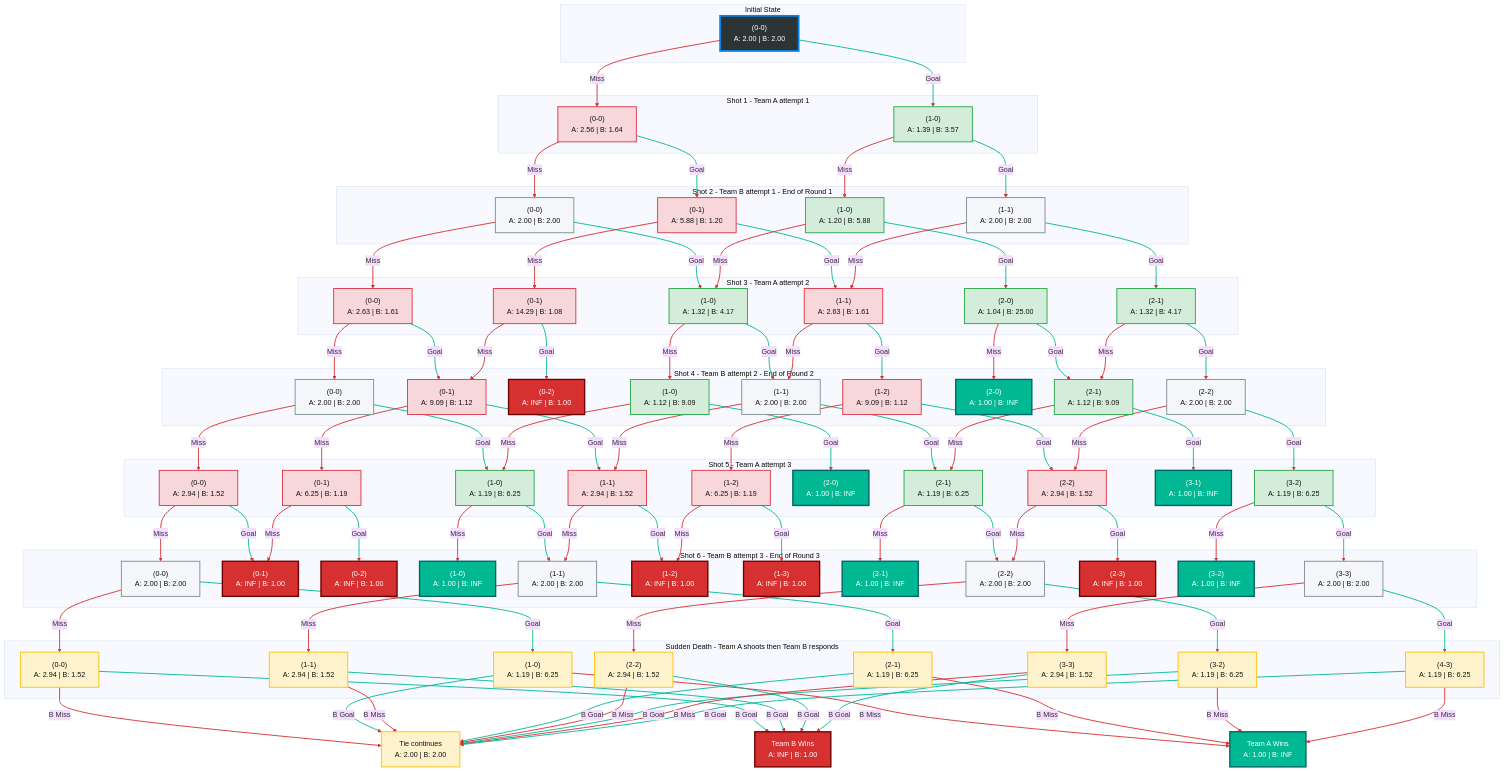
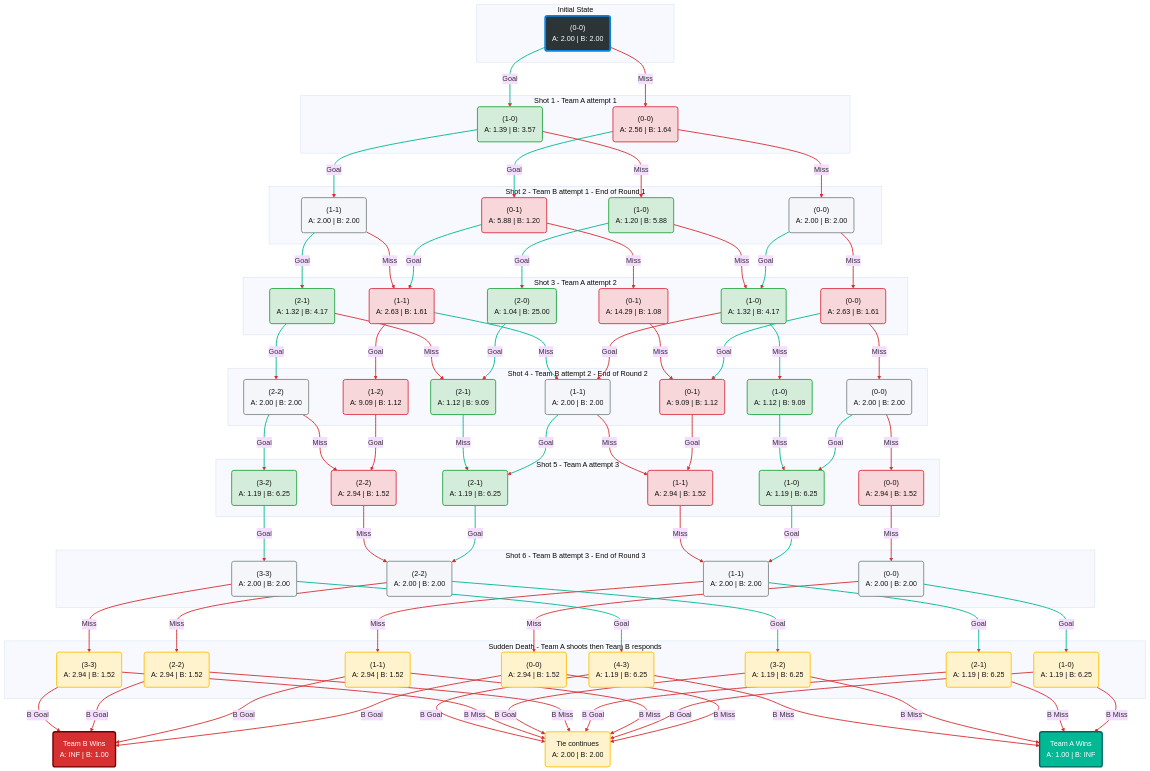
One commit to jungleJamz/nhl-shootout changed the diagram in mermaid/diagram.mmd. Above: the diagram before and after it, drawn with Mermaid (base theme). The commit also changed 4 other files, not shown here.

First line of the commit message:
Verified sudden death logic and converted diagram nodes from rectangles to rounded rectangles (#1)

```diff
--- a/mermaid/diagram.mmd
+++ b/mermaid/diagram.mmd
@@ -32,7 +32,7 @@
 %% :::startNode applies the style
 
 subgraph Phase_Start["Initial State"]
-  S0["(0-0)<br/>A: 2.00 | B: 2.00"]:::startNode
+  S0("(0-0)<br/>A: 2.00 | B: 2.00"):::startNode
 end
 
 %% =====================================================
@@ -42,76 +42,56 @@
 %% REG = Shot Number
 %% REG1_0_1 = score (A goals = 1 | B goals = 0)
 subgraph REG_1["Shot 1 - Team A attempt 1"]
-  REG1_0_0["(0-0)<br/>A: 2.56 | B: 1.64"]:::teamB_Adv
-  REG1_1_0["(1-0)<br/>A: 1.39 | B: 3.57"]:::teamA_Adv
+  REG1_0_0("(0-0)<br/>A: 2.56 | B: 1.64"):::teamB_Adv
+  REG1_1_0("(1-0)<br/>A: 1.39 | B: 3.57"):::teamA_Adv
 end
 subgraph REG_2["Shot 2 - Team B attempt 1 - End of Round 1"]
-  REG2_0_0["(0-0)<br/>A: 2.00 | B: 2.00"]:::neutral
-  REG2_0_1["(0-1)<br/>A: 5.88 | B: 1.20"]:::teamB_Adv
-  REG2_1_0["(1-0)<br/>A: 1.20 | B: 5.88"]:::teamA_Adv
-  REG2_1_1["(1-1)<br/>A: 2.00 | B: 2.00"]:::neutral
+  REG2_0_0("(0-0)<br/>A: 2.00 | B: 2.00"):::neutral
+  REG2_0_1("(0-1)<br/>A: 5.88 | B: 1.20"):::teamB_Adv
+  REG2_1_0("(1-0)<br/>A: 1.20 | B: 5.88"):::teamA_Adv
+  REG2_1_1("(1-1)<br/>A: 2.00 | B: 2.00"):::neutral
 end
 subgraph REG_3["Shot 3 - Team A attempt 2"]
-  REG3_0_0["(0-0)<br/>A: 2.63 | B: 1.61"]:::teamB_Adv
-  REG3_0_1["(0-1)<br/>A: 14.29 | B: 1.08"]:::teamB_Adv
-  REG3_1_0["(1-0)<br/>A: 1.32 | B: 4.17"]:::teamA_Adv
-  REG3_1_1["(1-1)<br/>A: 2.63 | B: 1.61"]:::teamB_Adv
-  REG3_2_0["(2-0)<br/>A: 1.04 | B: 25.00"]:::teamA_Adv
-  REG3_2_1["(2-1)<br/>A: 1.32 | B: 4.17"]:::teamA_Adv
+  REG3_0_0("(0-0)<br/>A: 2.63 | B: 1.61"):::teamB_Adv
+  REG3_0_1("(0-1)<br/>A: 14.29 | B: 1.08"):::teamB_Adv
+  REG3_1_0("(1-0)<br/>A: 1.32 | B: 4.17"):::teamA_Adv
+  REG3_1_1("(1-1)<br/>A: 2.63 | B: 1.61"):::teamB_Adv
+  REG3_2_0("(2-0)<br/>A: 1.04 | B: 25.00"):::teamA_Adv
+  REG3_2_1("(2-1)<br/>A: 1.32 | B: 4.17"):::teamA_Adv
 end
 subgraph REG_4["Shot 4 - Team B attempt 2 - End of Round 2"]
-  REG4_0_0["(0-0)<br/>A: 2.00 | B: 2.00"]:::neutral
-  REG4_0_1["(0-1)<br/>A: 9.09 | B: 1.12"]:::teamB_Adv
-  REG4_0_2["(0-2)<br/>A: INF | B: 1.00"]:::terminalB
-  REG4_1_0["(1-0)<br/>A: 1.12 | B: 9.09"]:::teamA_Adv
-  REG4_1_1["(1-1)<br/>A: 2.00 | B: 2.00"]:::neutral
-  REG4_1_2["(1-2)<br/>A: 9.09 | B: 1.12"]:::teamB_Adv
-  REG4_2_0["(2-0)<br/>A: 1.00 | B: INF"]:::terminalA
-  REG4_2_1["(2-1)<br/>A: 1.12 | B: 9.09"]:::teamA_Adv
-  REG4_2_2["(2-2)<br/>A: 2.00 | B: 2.00"]:::neutral
+  REG4_0_0("(0-0)<br/>A: 2.00 | B: 2.00"):::neutral
+  REG4_0_1("(0-1)<br/>A: 9.09 | B: 1.12"):::teamB_Adv
+  REG4_1_0("(1-0)<br/>A: 1.12 | B: 9.09"):::teamA_Adv
+  REG4_1_1("(1-1)<br/>A: 2.00 | B: 2.00"):::neutral
+  REG4_1_2("(1-2)<br/>A: 9.09 | B: 1.12"):::teamB_Adv
+  REG4_2_1("(2-1)<br/>A: 1.12 | B: 9.09"):::teamA_Adv
+  REG4_2_2("(2-2)<br/>A: 2.00 | B: 2.00"):::neutral
 end
 subgraph REG_5["Shot 5 - Team A attempt 3"]
-  REG5_0_0["(0-0)<br/>A: 2.94 | B: 1.52"]:::teamB_Adv
-  REG5_0_1["(0-1)<br/>A: 6.25 | B: 1.19"]:::teamB_Adv
-%%   REG5_0_2["(0-2)<br/>A: INF | B: 1.00"]:::terminalB
-  REG5_1_0["(1-0)<br/>A: 1.19 | B: 6.25"]:::teamA_Adv
-  REG5_1_1["(1-1)<br/>A: 2.94 | B: 1.52"]:::teamB_Adv
-  REG5_1_2["(1-2)<br/>A: 6.25 | B: 1.19"]:::teamB_Adv
-  REG5_2_0["(2-0)<br/>A: 1.00 | B: INF"]:::terminalA
-  REG5_2_1["(2-1)<br/>A: 1.19 | B: 6.25"]:::teamA_Adv
-  REG5_2_2["(2-2)<br/>A: 2.94 | B: 1.52"]:::teamB_Adv
-%%   REG5_3_0["(3-0)<br/>A: 1.00 | B: INF"]:::terminalA
-  REG5_3_1["(3-1)<br/>A: 1.00 | B: INF"]:::terminalA
-  REG5_3_2["(3-2)<br/>A: 1.19 | B: 6.25"]:::teamA_Adv
+  REG5_0_0("(0-0)<br/>A: 2.94 | B: 1.52"):::teamB_Adv
+  REG5_1_0("(1-0)<br/>A: 1.19 | B: 6.25"):::teamA_Adv
+  REG5_1_1("(1-1)<br/>A: 2.94 | B: 1.52"):::teamB_Adv
+  REG5_2_1("(2-1)<br/>A: 1.19 | B: 6.25"):::teamA_Adv
+  REG5_2_2("(2-2)<br/>A: 2.94 | B: 1.52"):::teamB_Adv
+  REG5_3_2("(3-2)<br/>A: 1.19 | B: 6.25"):::teamA_Adv
 end
 subgraph REG_6["Shot 6 - Team B attempt 3 - End of Round 3"]
-  REG6_0_0["(0-0)<br/>A: 2.00 | B: 2.00"]:::neutral
-  REG6_0_1["(0-1)<br/>A: INF | B: 1.00"]:::terminalB
-  REG6_0_2["(0-2)<br/>A: INF | B: 1.00"]:::terminalB
-%%   REG6_0_3["(0-3)<br/>A: INF | B: 1.00"]:::terminalB
-  REG6_1_0["(1-0)<br/>A: 1.00 | B: INF"]:::terminalA
-  REG6_1_1["(1-1)<br/>A: 2.00 | B: 2.00"]:::neutral
-  REG6_1_2["(1-2)<br/>A: INF | B: 1.00"]:::terminalB
-  REG6_1_3["(1-3)<br/>A: INF | B: 1.00"]:::terminalB
-%%   REG6_2_0["(2-0)<br/>A: 1.00 | B: INF"]:::terminalA
-  REG6_2_1["(2-1)<br/>A: 1.00 | B: INF"]:::terminalA
-  REG6_2_2["(2-2)<br/>A: 2.00 | B: 2.00"]:::neutral
-  REG6_2_3["(2-3)<br/>A: INF | B: 1.00"]:::terminalB
-%%   REG6_3_0["(3-0)<br/>A: 1.00 | B: INF"]:::terminalA
-%%   REG6_3_1["(3-1)<br/>A: 1.00 | B: INF"]:::terminalA
-  REG6_3_2["(3-2)<br/>A: 1.00 | B: INF"]:::terminalA
-  REG6_3_3["(3-3)<br/>A: 2.00 | B: 2.00"]:::neutral
+  REG6_0_0("(0-0)<br/>A: 2.00 | B: 2.00"):::neutral
+  REG6_1_1("(1-1)<br/>A: 2.00 | B: 2.00"):::neutral
+  REG6_2_2("(2-2)<br/>A: 2.00 | B: 2.00"):::neutral
+  REG6_3_3("(3-3)<br/>A: 2.00 | B: 2.00"):::neutral
 end
 
 subgraph SD_7["Sudden Death - Team A shoots then Team B responds"]
-  SD7_0_0["(0-0)<br/>A: 2.94 | B: 1.52"]:::suddenDeath
-  SD7_1_0["(1-0)<br/>A: 1.19 | B: 6.25"]:::suddenDeath
-  SD7_1_1["(1-1)<br/>A: 2.94 | B: 1.52"]:::suddenDeath
-  SD7_2_1["(2-1)<br/>A: 1.19 | B: 6.25"]:::suddenDeath
-  SD7_2_2["(2-2)<br/>A: 2.94 | B: 1.52"]:::suddenDeath
-  SD7_3_2["(3-2)<br/>A: 1.19 | B: 6.25"]:::suddenDeath
-  SD7_3_3["(3-3)<br/>A: 2.94 | B: 1.52"]:::suddenDeath
-  SD7_4_3["(4-3)<br/>A: 1.19 | B: 6.25"]:::suddenDeath
+  SD7_0_0("(0-0)<br/>A: 2.94 | B: 1.52"):::suddenDeath
+  SD7_1_0("(1-0)<br/>A: 1.19 | B: 6.25"):::suddenDeath
+  SD7_1_1("(1-1)<br/>A: 2.94 | B: 1.52"):::suddenDeath
+  SD7_2_1("(2-1)<br/>A: 1.19 | B: 6.25"):::suddenDeath
+  SD7_2_2("(2-2)<br/>A: 2.94 | B: 1.52"):::suddenDeath
+  SD7_3_2("(3-2)<br/>A: 1.19 | B: 6.25"):::suddenDeath
+  SD7_3_3("(3-3)<br/>A: 2.94 | B: 1.52"):::suddenDeath
+  SD7_4_3("(4-3)<br/>A: 1.19 | B: 6.25"):::suddenDeath
 end
 
 %% =====================================================
@@ -135,44 +115,40 @@
 REG3_0_0 -- Miss --> REG4_0_0
 REG3_0_0 -- Goal --> REG4_0_1
 REG3_0_1 -- Miss --> REG4_0_1
-REG3_0_1 -- Goal --> REG4_0_2
+%% REG3_0_1 -- Goal would lead to REG4_0_2 (terminal - game over)
 REG3_1_0 -- Miss --> REG4_1_0
 REG3_1_0 -- Goal --> REG4_1_1
 REG3_1_1 -- Miss --> REG4_1_1
 REG3_1_1 -- Goal --> REG4_1_2
-REG3_2_0 -- Miss --> REG4_2_0
+%% REG3_2_0 -- Miss would lead to REG4_2_0 (terminal - game over)
 REG3_2_0 -- Goal --> REG4_2_1
 REG3_2_1 -- Miss --> REG4_2_1
 REG3_2_1 -- Goal --> REG4_2_2
 REG4_0_0 -- Miss --> REG5_0_0
 REG4_0_0 -- Goal --> REG5_1_0
-REG4_0_1 -- Miss --> REG5_0_1
+%% REG4_0_1 -- Miss would lead to REG5_0_1 (terminal - game over)
 REG4_0_1 -- Goal --> REG5_1_1
 REG4_1_0 -- Miss --> REG5_1_0
-REG4_1_0 -- Goal --> REG5_2_0
+%% REG4_1_0 -- Goal would lead to REG5_2_0 (terminal - game over)
 REG4_1_1 -- Miss --> REG5_1_1
 REG4_1_1 -- Goal --> REG5_2_1
-REG4_1_2 -- Miss --> REG5_1_2
+%% REG4_1_2 -- Miss would lead to REG5_1_2 (terminal - game over)
 REG4_1_2 -- Goal --> REG5_2_2
 REG4_2_1 -- Miss --> REG5_2_1
-REG4_2_1 -- Goal --> REG5_3_1
+%% REG4_2_1 -- Goal would lead to REG5_3_1 (terminal - game over)
 REG4_2_2 -- Miss --> REG5_2_2
 REG4_2_2 -- Goal --> REG5_3_2
 REG5_0_0 -- Miss --> REG6_0_0
-REG5_0_0 -- Goal --> REG6_0_1
-REG5_0_1 -- Miss --> REG6_0_1
-REG5_0_1 -- Goal --> REG6_0_2
-REG5_1_0 -- Miss --> REG6_1_0
+%% REG5_0_0 -- Goal would lead to REG6_0_1 (terminal - game over)
+%% REG5_1_0 -- Miss would lead to REG6_1_0 (terminal - game over)
 REG5_1_0 -- Goal --> REG6_1_1
 REG5_1_1 -- Miss --> REG6_1_1
-REG5_1_1 -- Goal --> REG6_1_2
-REG5_1_2 -- Miss --> REG6_1_2
-REG5_1_2 -- Goal --> REG6_1_3
-REG5_2_1 -- Miss --> REG6_2_1
+%% REG5_1_1 -- Goal would lead to REG6_1_2 (terminal - game over)
+%% REG5_2_1 -- Miss would lead to REG6_2_1 (terminal - game over)
 REG5_2_1 -- Goal --> REG6_2_2
 REG5_2_2 -- Miss --> REG6_2_2
-REG5_2_2 -- Goal --> REG6_2_3
-REG5_3_2 -- Miss --> REG6_3_2
+%% REG5_2_2 -- Goal would lead to REG6_2_3 (terminal - game over)
+%% REG5_3_2 -- Miss would lead to REG6_3_2 (terminal - game over)
 REG5_3_2 -- Goal --> REG6_3_3
 REG6_0_0 -- Miss --> SD7_0_0
 REG6_0_0 -- Goal --> SD7_1_0
@@ -184,39 +160,12 @@
 REG6_3_3 -- Goal --> SD7_4_3
 
 
-%% =====================================================
-%% Sudden Death (GENERIC, LOOPING)
-%% =====================================================
-%% SD_NEXT_0_0["Sudden Death<br/>(0-0)<br/>A: 2.94 | B: 1.52"]:::suddenDeath
 
-%% SD_NEXT_0_0 -- "A Miss" --> SD_A_MISS
-%% SD_NEXT_0_0 -- "A Goal" --> SD_A_GOAL
-
-%% SD_A_MISS["A Miss<br/>(0-0)"]:::suddenDeath
-%% SD_A_GOAL["A Goal<br/>(1-0)"]:::suddenDeath
-
-%% SD_A_MISS -- "B Miss" --> SD_TIE
-%% SD_A_MISS -- "B Goal" --> SD_BWIN
-
-%% SD_A_GOAL -- "B Miss" --> SD_AWIN
-%% SD_A_GOAL -- "B Goal" --> SD_TIE
-
-%% SD_TIE["Tie continues<br/>A: 2.00 | B: 2.00"]:::suddenDeath
-%% SD_TIE --> SD_NEXT_0_0
-
-%% =====================================================
-%% Entry into Sudden Death
-%% =====================================================
-%% REG6_0_0 --> SD_NEXT_0_0
-%% REG6_1_1 --> SD_NEXT_0_0
-%% REG6_2_2 --> SD_NEXT_0_0
-%% REG6_3_3 --> SD_NEXT_0_0
-
-SD_AWIN["Team A Wins<br/>A: 1.00 | B: INF"]:::terminalA
-SD_BWIN["Team B Wins<br/>A: INF | B: 1.00"]:::terminalB
-SD_TIE["Tie continues<br/>A: 2.00 | B: 2.00"]:::suddenDeath
-SD_AWIN["Team A Wins<br/>A: 1.00 | B: INF"]:::terminalA
-SD_BWIN["Team B Wins<br/>A: INF | B: 1.00"]:::terminalB
+SD_AWIN("Team A Wins<br/>A: 1.00 | B: INF"):::terminalA
+SD_BWIN("Team B Wins<br/>A: INF | B: 1.00"):::terminalB
+SD_TIE("Tie continues<br/>A: 2.00 | B: 2.00"):::suddenDeath
+SD_AWIN("Team A Wins<br/>A: 1.00 | B: INF"):::terminalA
+SD_BWIN("Team B Wins<br/>A: INF | B: 1.00"):::terminalB
 SD7_0_0 -- "B Miss" --> SD_TIE
 SD7_0_0 -- "B Goal" --> SD_BWIN
 SD7_1_0 -- "B Miss" --> SD_AWIN
@@ -239,5 +188,7 @@
 %% =====================================================
 %% - Default = Miss (red)
 %% - Odd indices = Goal (green) because we always write Miss then Goal
+%% - We have 48 regulation transitions (indices 0-47), so odd indices are 1,3,5...47
+%% - Terminal states removed to reduce clutter - edges leading to wins are commented out
 linkStyle default stroke:#d63031,stroke-width:2px
-linkStyle 1,3,5,7,9,11,13,15,17,19,21,23,25,27,29,31,33,35,37,39,41,43,45,47,49,51,53,55,57,59,61,63,65,67,69,71,73,75,77,79 stroke:#00b894,stroke-width:2px
+linkStyle 1,3,5,7,9,11,13,15,17,19,21,23,25,27,29,31,33,35,37,39,41,43,45,47 stroke:#00b894,stroke-width:2px
```
